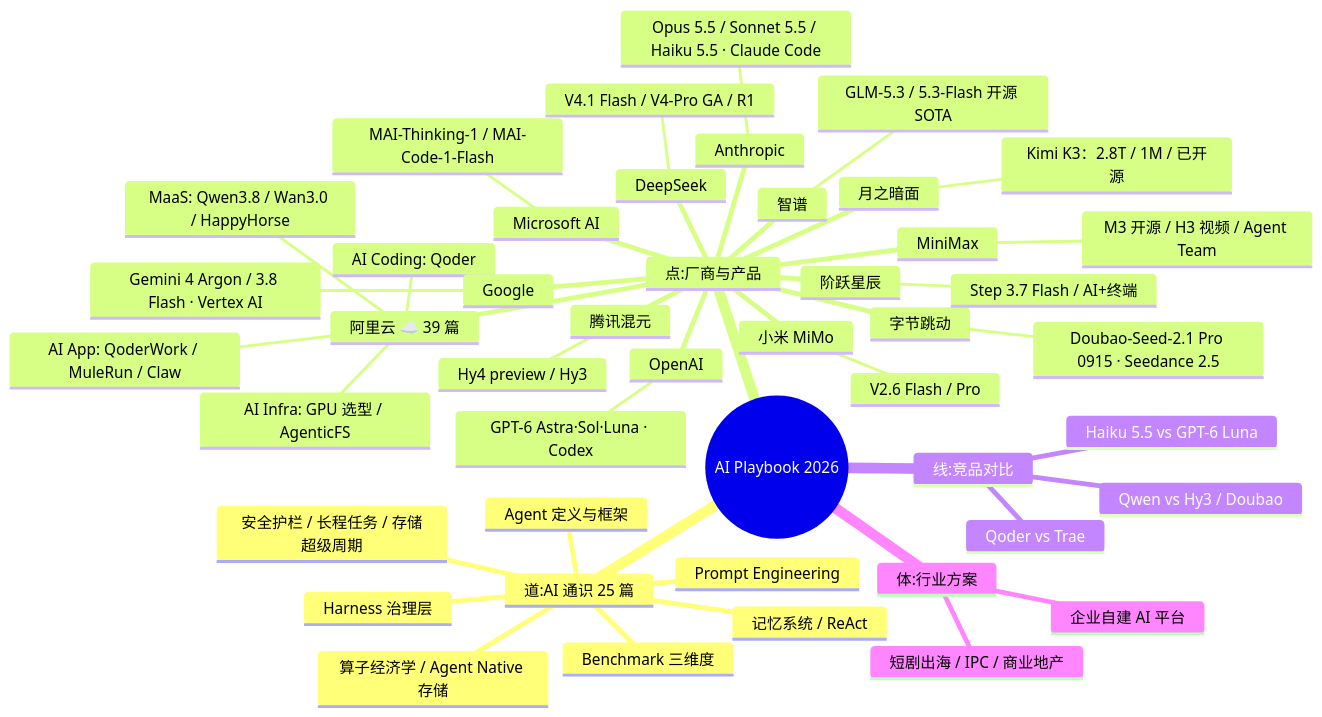
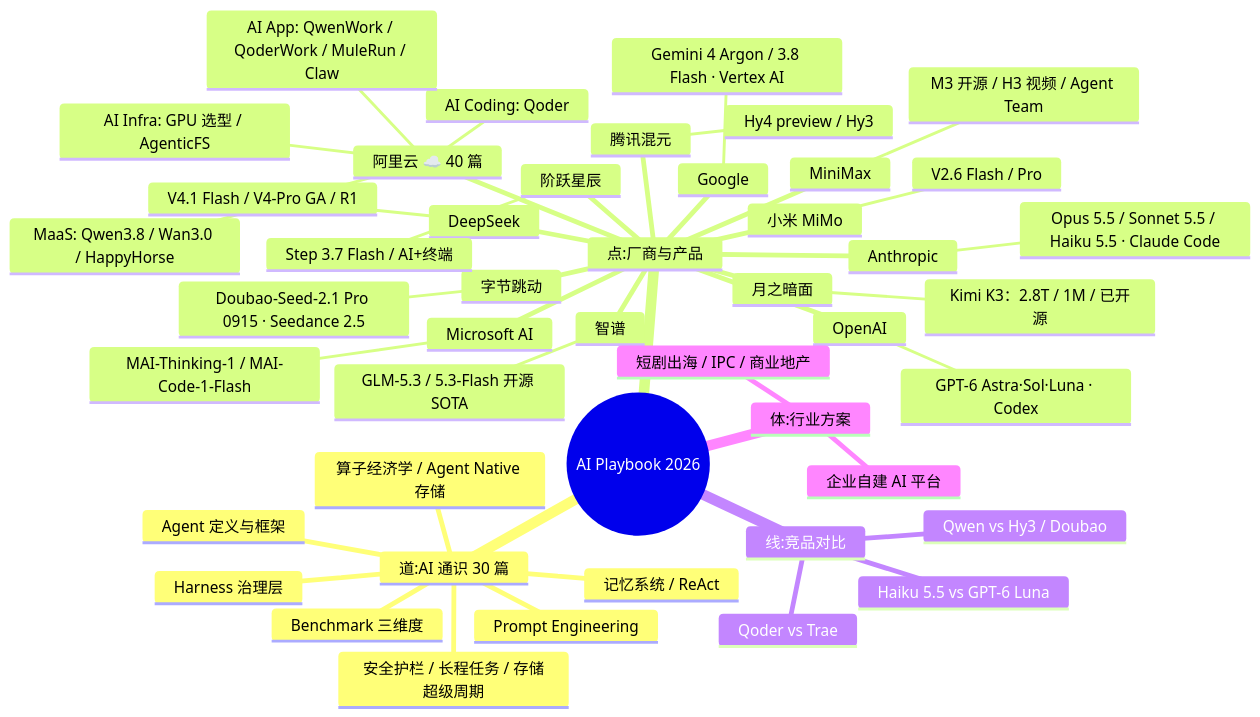
One commit to EthanNiWorld/ai-playbook-2026 changed the first of 2 diagrams in README.md. Above: the diagram before and after it, drawn with Mermaid. The commit also changed other lines of this file and 1 other file, not shown here.

Commit message:
update qwen3.8 deploymetn and vllm sweep too

````diff
--- a/README.md
+++ b/README.md
@@ -151,49 +151,49 @@
 ```mermaid
 mindmap
   root((AI Playbook 2026))
-    道:AI 通识 25 篇
+    道:AI 通识 30 篇
       Agent 定义与框架
       Harness 治理层
       Prompt Engineering
       Benchmark 三维度
       记忆系统 / ReAct
       安全护栏 / 长程任务 / 存储超级周期
       算子经济学 / Agent Native 存储
     点:厂商与产品
-      阿里云 ☁️ 39 篇
+      阿里云 ☁️ 40 篇
         MaaS: Qwen3.8 / Wan3.0 / HappyHorse
         AI Coding: Qoder
-        AI App: QoderWork / MuleRun / Claw
+        AI App: QwenWork / QoderWork / MuleRun / Claw
         AI Infra: GPU 选型 / AgenticFS
       Anthropic
         Opus 5.5 / Sonnet 5.5 / Haiku 5.5 · Claude Code
       OpenAI
         GPT-6 Astra·Sol·Luna · Codex
       Google
         Gemini 4 Argon / 3.8 Flash · Vertex AI
       Microsoft AI
         MAI-Thinking-1 / MAI-Code-1-Flash
       DeepSeek
         V4.1 Flash / V4-Pro GA / R1
       智谱
         GLM-5.3 / 5.3-Flash 开源 SOTA
       月之暗面
         Kimi K3：2.8T / 1M / 已开源
       MiniMax
         M3 开源 / H3 视频 / Agent Team
       字节跳动
         Doubao-Seed-2.1 Pro 0915 · Seedance 2.5
       腾讯混元
         Hy4 preview / Hy3
       小米 MiMo
         V2.6 Flash / Pro
       阶跃星辰
         Step 3.7 Flash / AI+终端
     线:竞品对比
       Qoder vs Trae
       Qwen vs Hy3 / Doubao
       Haiku 5.5 vs GPT-6 Luna
     体:行业方案
       企业自建 AI 平台
       短剧出海 / IPC / 商业地产
 ```
````
